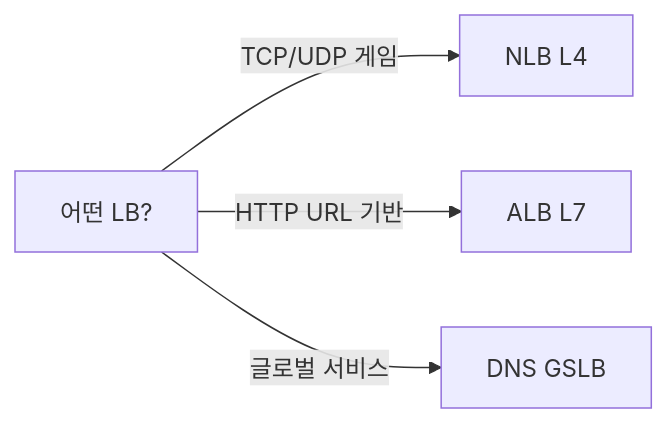
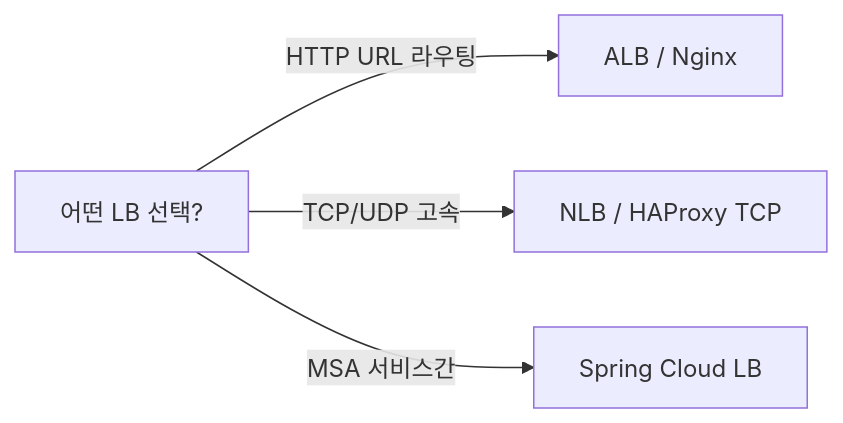
The tenth of 10 diagrams in _posts/network/2026-05-01-load-balancer.md (yjkim2015/yjkim2015.github.io), drawn with Mermaid before and after one commit. The commit also changed other lines of this file and 4 other files, not shown here.

````diff
--- a/_posts/network/2026-05-01-load-balancer.md
+++ b/_posts/network/2026-05-01-load-balancer.md
@@ -700,6 +1693,6 @@
 ```mermaid
 graph LR
-    Q["어떤 LB?"] -->|"TCP/UDP 게임"| L4["NLB L4"]
-    Q -->|"HTTP URL 기반"| L7["ALB L7"]
-    Q -->|"글로벌 서비스"| GL["DNS GSLB"]
+    Q["어떤 LB 선택?"] -->|"HTTP URL 라우팅"| AL["ALB / Nginx"]
+    Q -->|"TCP/UDP 고속"| NL["NLB / HAProxy TCP"]
+    Q -->|"MSA 서비스간"| SC["Spring Cloud LB"]
 ```
````
